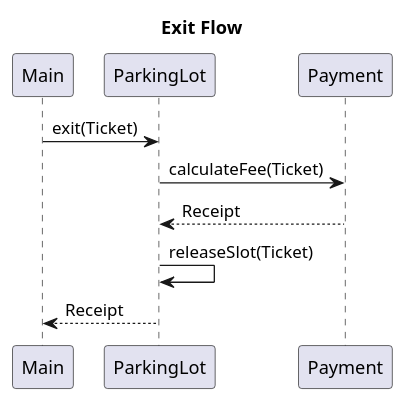
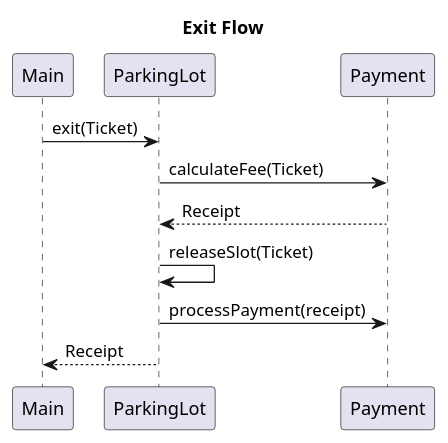
The diagram in src/main/java/com/lld/problems/parkinglot/notes/parkinglot-uml-exit-flow-diagram.puml (Anuj-Gupta79/lld-mastery), drawn with PlantUML before and after one commit. The commit also changed 24 other files, not shown here.

Commit message:
Design Problems: ParkingLot has been completed

```diff
--- a/src/main/java/com/lld/problems/parkinglot/notes/parkinglot-uml-exit-flow-diagram.puml
+++ b/src/main/java/com/lld/problems/parkinglot/notes/parkinglot-uml-exit-flow-diagram.puml
@@ -1,14 +1,15 @@
 @startuml
 title Exit Flow
 
 participant Main 
 participant ParkingLot
 participant Payment
 
 Main -> ParkingLot: exit(Ticket)
 ParkingLot -> Payment: calculateFee(Ticket)
 Payment --> ParkingLot: Receipt
 ParkingLot -> ParkingLot: releaseSlot(Ticket)
+ParkingLot -> Payment: processPayment(receipt)
 ParkingLot --> Main: Receipt
 
 @enduml
```
